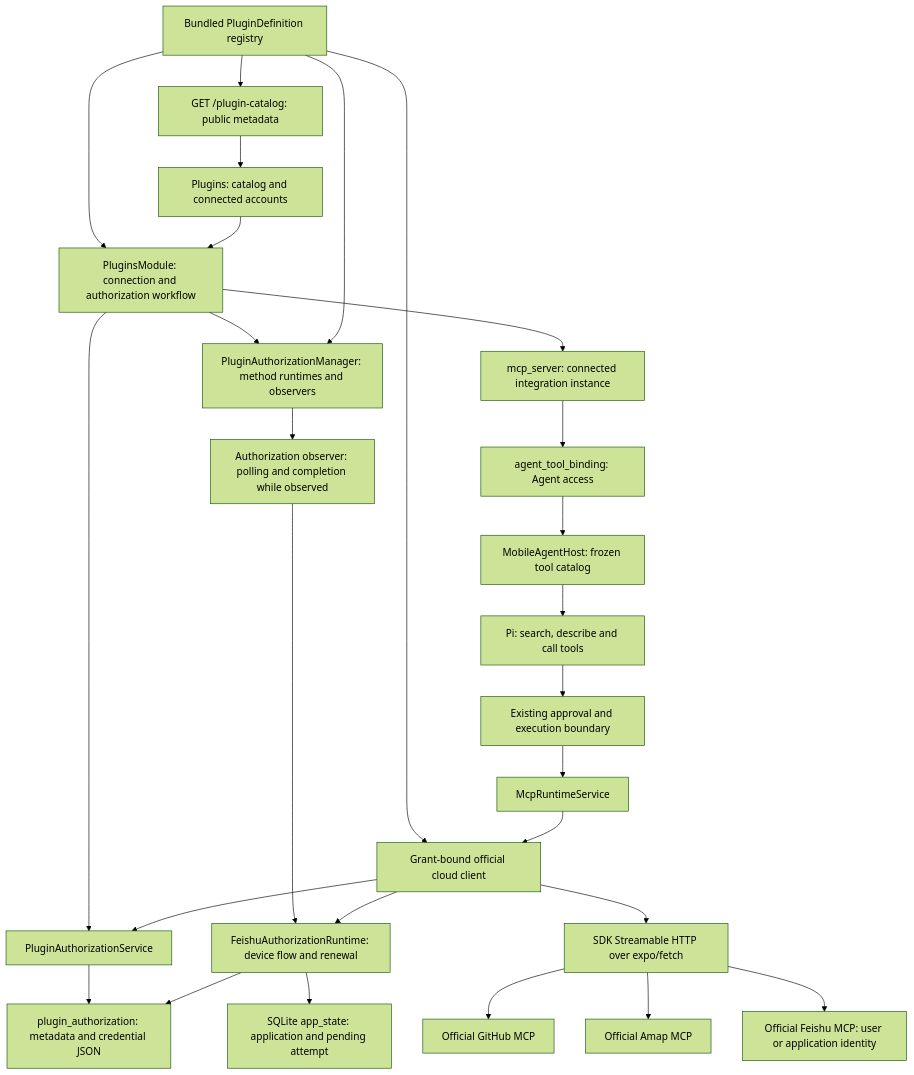
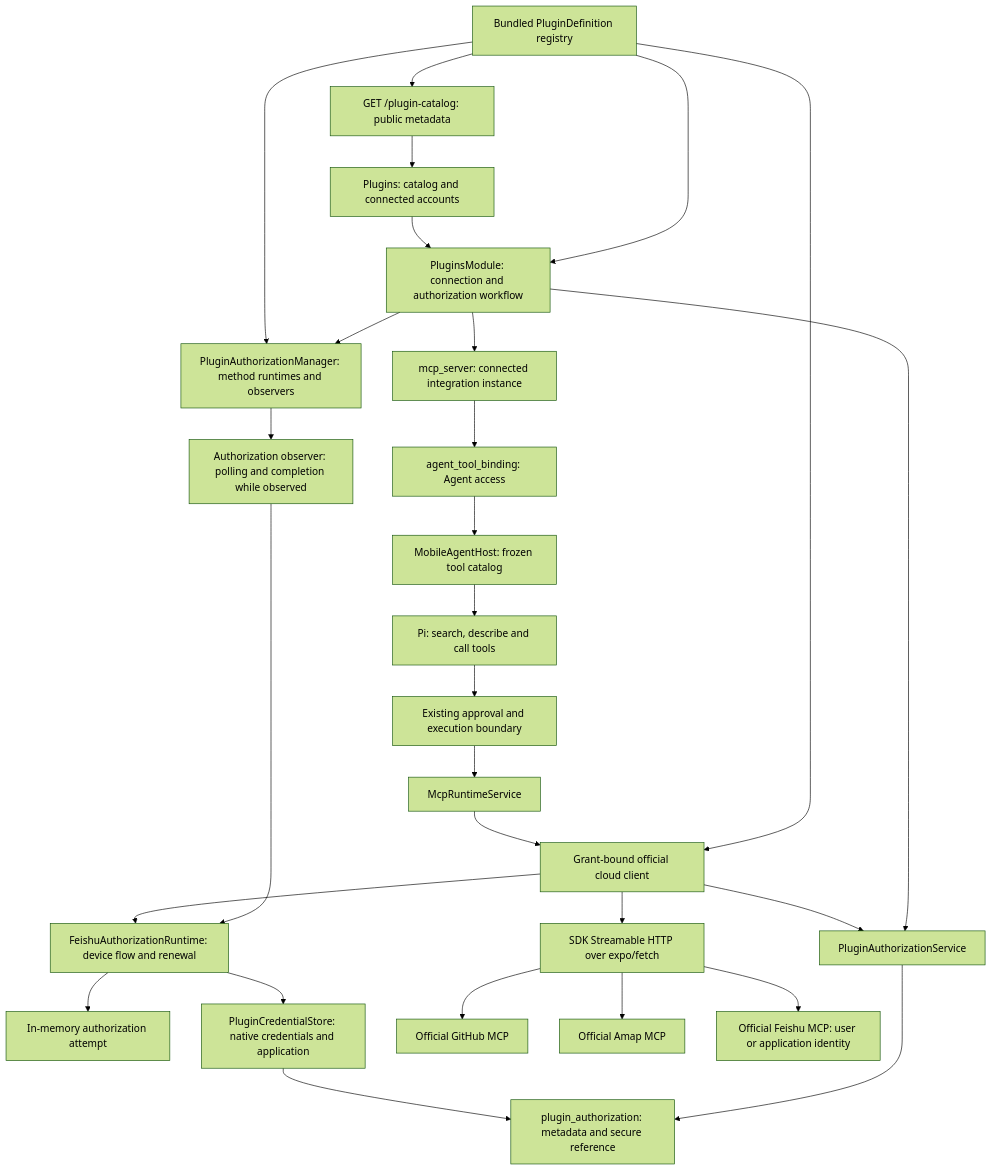
Before and after one commit to CherryHQ/cherry-studio-app: the diagram in docs/references/agent/built-in-mcp-design.md, drawn with Mermaid (forest theme). The commit also changed other lines of this file and 27 other files, not shown here.

Commit message:
refactor(plugin-auth): secure credentials and simplify authorization state

````diff
--- a/docs/references/agent/built-in-mcp-design.md
+++ b/docs/references/agent/built-in-mcp-design.md
@@ -272,29 +270,30 @@
 ```mermaid
 flowchart TD
   Registry["Bundled PluginDefinition registry"] --> Catalog["GET /plugin-catalog: public metadata"]
   Catalog --> Settings["Plugins: catalog and connected accounts"]
   Registry --> Workflow["PluginsModule: connection and authorization workflow"]
   Settings --> Workflow
   Registry --> Client["Grant-bound official cloud client"]
   Workflow --> Auth["PluginAuthorizationService"]
-  Auth --> AuthTable["plugin_authorization: metadata and credential JSON"]
+  Auth --> AuthTable["plugin_authorization: metadata and secure reference"]
   Workflow --> Manager["PluginAuthorizationManager: method runtimes and observers"]
   Registry --> Manager
   Manager --> Observer["Authorization observer: polling and completion while observed"]
   Observer --> UserAuth["FeishuAuthorizationRuntime: device flow and renewal"]
-  UserAuth --> State["SQLite app_state: application and pending attempt"]
-  UserAuth --> AuthTable
+  UserAuth --> State["In-memory authorization attempt"]
+  UserAuth --> Secrets["PluginCredentialStore: native credentials and application"]
+  Secrets --> AuthTable
   Workflow --> Server["mcp_server: connected integration instance"]
   Server --> Binding["agent_tool_binding: Agent access"]
   Binding --> Host["MobileAgentHost: frozen tool catalog"]
   Host --> Pi["Pi: search, describe and call tools"]
   Pi --> Approval["Existing approval and execution boundary"]
   Approval --> MCP["McpRuntimeService"]
   MCP --> Client["Grant-bound official cloud client"]
   Client --> Auth
   Client --> UserAuth
   Client --> Remote["SDK Streamable HTTP over expo/fetch"]
   Remote --> GitHub["Official GitHub MCP"]
   Remote --> Amap["Official Amap MCP"]
   Remote --> Feishu["Official Feishu MCP: user or application identity"]
 ```
````
